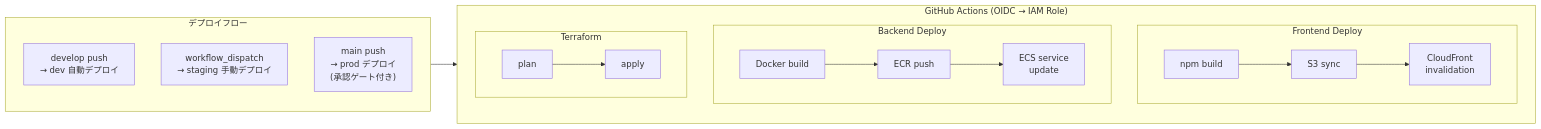
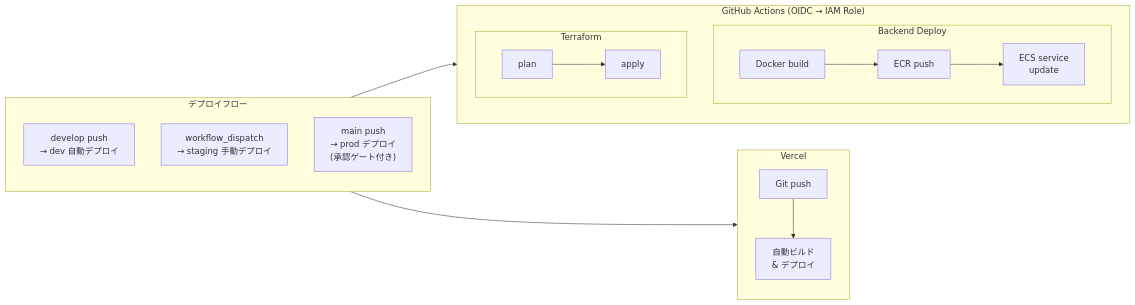
One commit to NexaScience/airas-infra changed the second of 2 diagrams in docs/architecture.md. Above: the diagram before and after it, drawn with Mermaid. The commit also changed other lines of this file and 16 other files, not shown here.

````diff
--- a/docs/architecture.md
+++ b/docs/architecture.md
@@ -80,22 +80,24 @@
 ```mermaid
 graph LR
     subgraph GHA["GitHub Actions (OIDC → IAM Role)"]
-        subgraph Frontend["Frontend Deploy"]
-            F1["npm build"] --> F2["S3 sync"] --> F3["CloudFront\ninvalidation"]
-        end
         subgraph Backend["Backend Deploy"]
             B1["Docker build"] --> B2["ECR push"] --> B3["ECS service\nupdate"]
         end
         subgraph Infra["Terraform"]
             T1["plan"] --> T2["apply"]
         end
+    end
+
+    subgraph VercelDeploy["Vercel"]
+        V1["Git push"] --> V2["自動ビルド\n& デプロイ"]
     end
 
     subgraph Trigger["デプロイフロー"]
         Dev["develop push\n→ dev 自動デプロイ"]
         Staging["workflow_dispatch\n→ staging 手動デプロイ"]
         Prod["main push\n→ prod デプロイ\n(承認ゲート付き)"]
     end
 
     Trigger --> GHA
+    Trigger --> VercelDeploy
 ```
````
